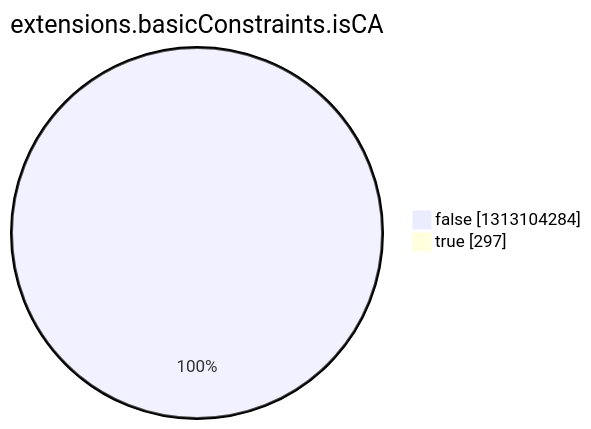
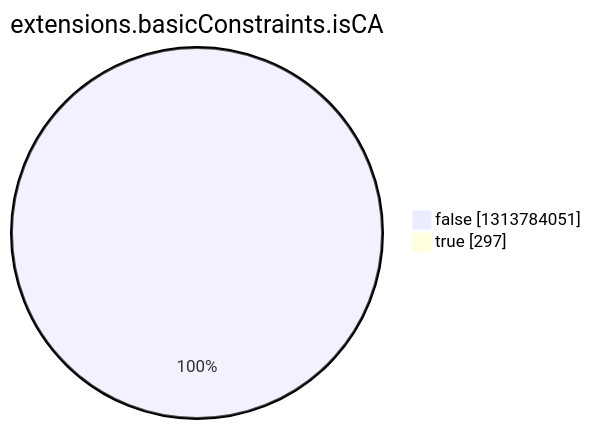
Before and after one commit to christiankrug/ctmonitor_visualization: the eighth of 15 diagrams in argon2022/README.md, drawn with Mermaid. The commit also changed other lines of this file, not shown here.

````diff
--- a/argon2022/README.md
+++ b/argon2022/README.md
@@ -2758,6 +2758,6 @@
 ```mermaid
 pie showData
 title extensions.basicConstraints.isCA
-"false" :1313104284
+"false" :1313784051
 "true" :297
 ```
````
